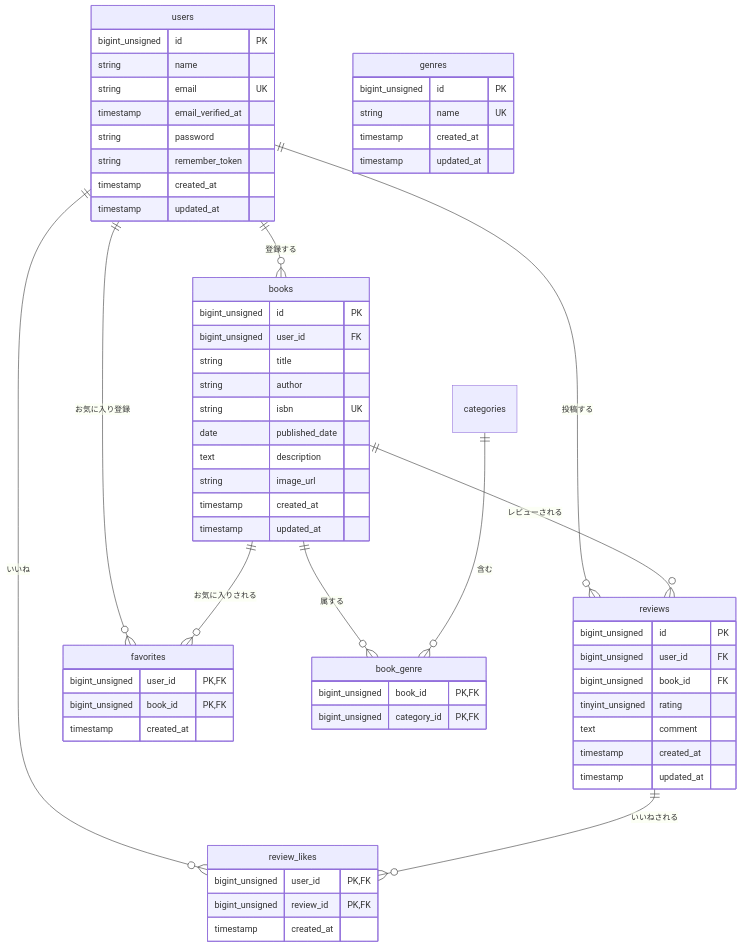
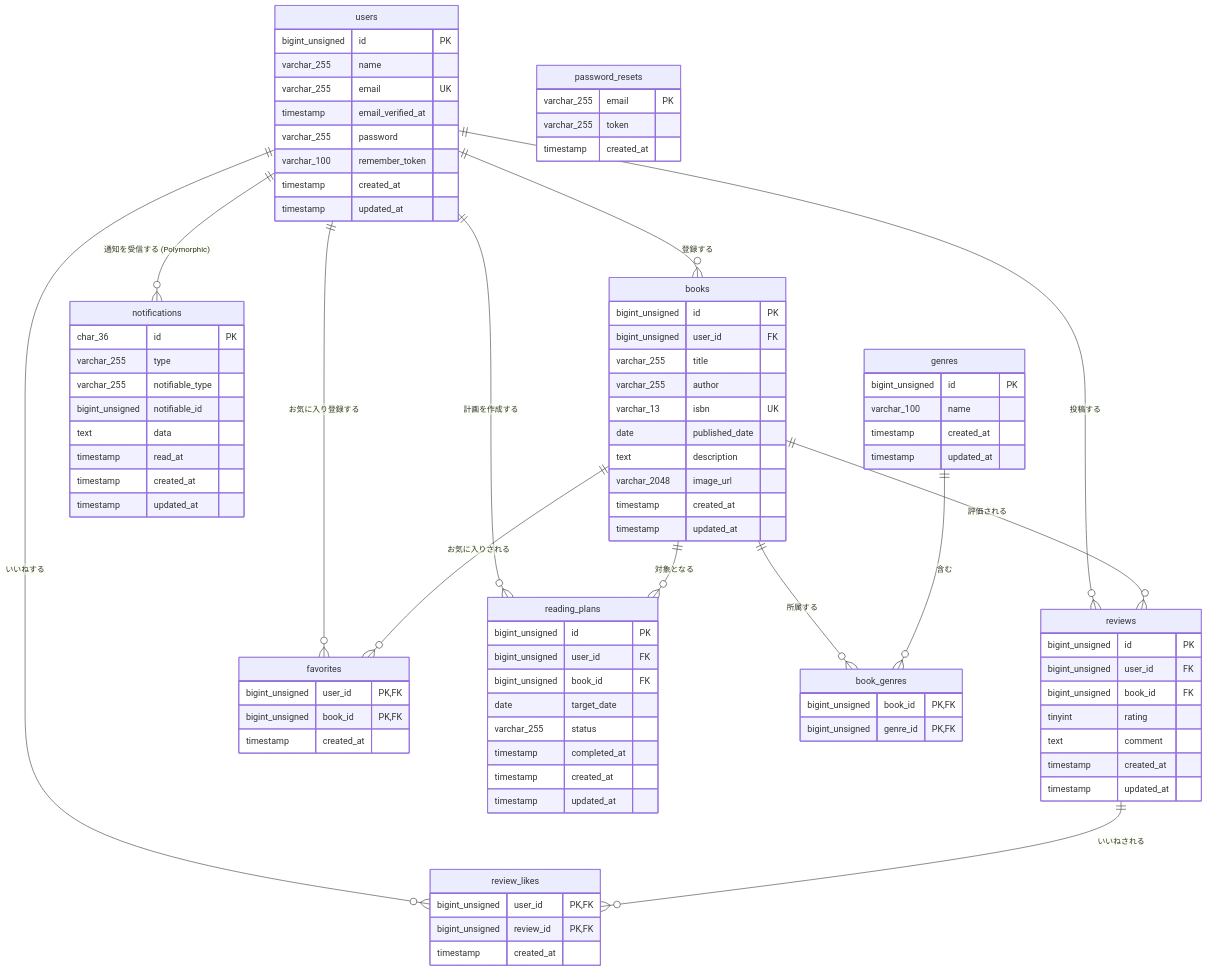
The diagram in README.md (kyomiya0220/COACHTECH_BookShelf), drawn with Mermaid before and after one commit. The commit also changed other lines of this file and 3 other files, not shown here.

````diff
--- a/README.md
+++ b/README.md
@@ -4,31 +26,27 @@
 erDiagram
     users ||--o{ books : "登録する"
     users ||--o{ reviews : "投稿する"
-    users ||--o{ favorites : "お気に入り登録"
-    users ||--o{ review_likes : "いいね"
+    users ||--o{ favorites : "お気に入り登録する"
+    users ||--o{ review_likes : "いいねする"
+    users ||--o{ reading_plans : "計画を作成する"
+    users ||--o{ notifications : "通知を受信する (Polymorphic)"
 
-    books ||--o{ reviews : "レビューされる"
+    books ||--o{ book_genres : "所属する"
+    genres ||--o{ book_genres : "含む"
+
+    books ||--o{ reviews : "評価される"
     books ||--o{ favorites : "お気に入りされる"
-    books ||--o{ book_genre : "属する"
-
-    categories ||--o{ book_genre : "含む"
+    books ||--o{ reading_plans : "対象となる"
 
     reviews ||--o{ review_likes : "いいねされる"
 
     users {
         bigint_unsigned id PK
-        string name
-        string email UK
+        varchar_255 name
+        varchar_255 email UK
         timestamp email_verified_at
-        string password
-        string remember_token
-        timestamp created_at
-        timestamp updated_at
-    }
-
-    genres {
-        bigint_unsigned id PK
-        string name UK
+        varchar_255 password
+        varchar_100 remember_token
         timestamp created_at
         timestamp updated_at
     }
@@ -36,26 +54,33 @@
     books {
         bigint_unsigned id PK
         bigint_unsigned user_id FK
-        string title
-        string author
-        string isbn UK
+        varchar_255 title
+        varchar_255 author
+        varchar_13 isbn UK
         date published_date
         text description
-        string image_url
+        varchar_2048 image_url
         timestamp created_at
         timestamp updated_at
     }
 
-    book_genre {
+    genres {
+        bigint_unsigned id PK
+        varchar_100 name
+        timestamp created_at
+        timestamp updated_at
+    }
+
+    book_genres {
         bigint_unsigned book_id PK, FK
-        bigint_unsigned category_id PK, FK
+        bigint_unsigned genre_id PK, FK
     }
 
     reviews {
         bigint_unsigned id PK
         bigint_unsigned user_id FK
         bigint_unsigned book_id FK
-        tinyint_unsigned rating
+        tinyint rating
         text comment
         timestamp created_at
         timestamp updated_at
@@ -72,4 +97,32 @@
         bigint_unsigned review_id PK, FK
         timestamp created_at
     }
+
+    password_resets {
+        varchar_255 email PK
+        varchar_255 token
+        timestamp created_at
+    }
+
+    reading_plans {
+        bigint_unsigned id PK
+        bigint_unsigned user_id FK
+        bigint_unsigned book_id FK
+        date target_date
+        varchar_255 status
+        timestamp completed_at
+        timestamp created_at
+        timestamp updated_at
+    }
+
+    notifications {
+        char_36 id PK
+        varchar_255 type
+        varchar_255 notifiable_type
+        bigint_unsigned notifiable_id
+        text data
+        timestamp read_at
+        timestamp created_at
+        timestamp updated_at
+    }
 ```
````
